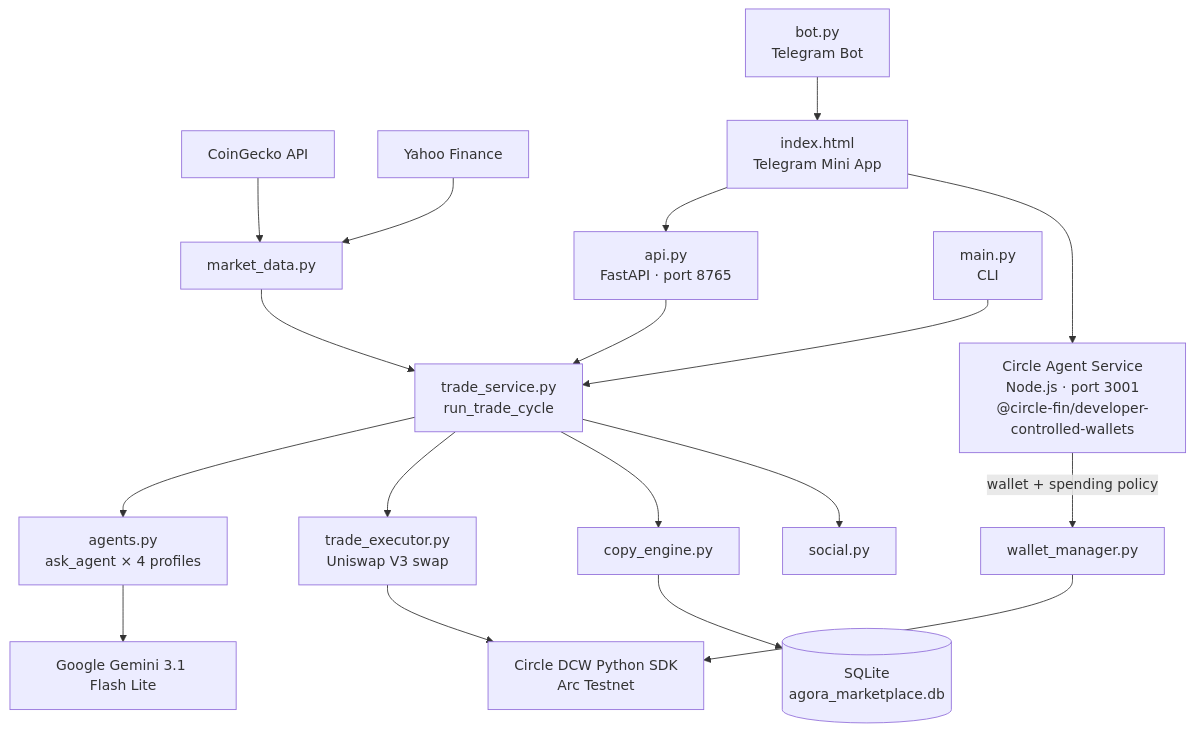
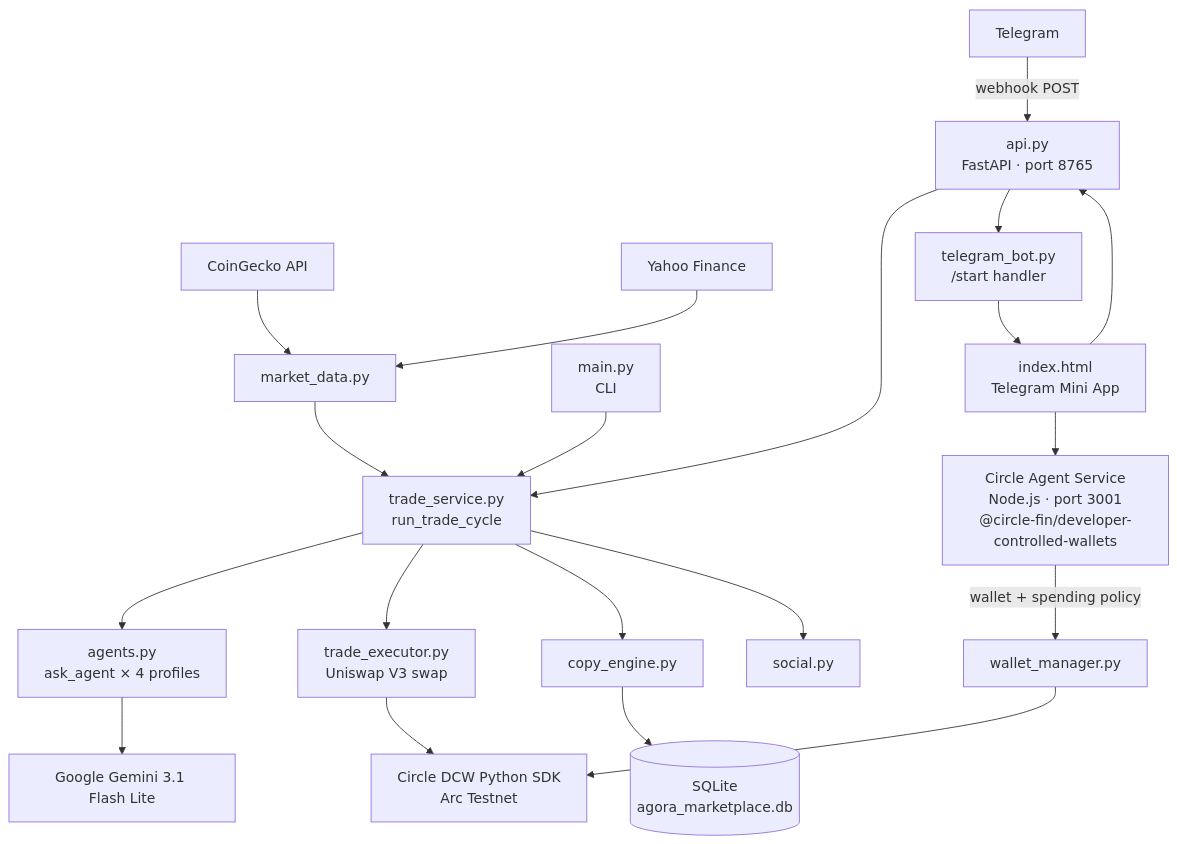
One commit to Dami904/Arc_Tic-whale changed the diagram in README.md. Above: the diagram before and after it, drawn with Mermaid. The commit also changed other lines of this file and 8 other files, not shown here.

````diff
--- a/README.md
+++ b/README.md
@@ -93,27 +93,29 @@
 ```mermaid
 flowchart TD
     CG[CoinGecko API] --> MD[market_data.py]
     YF[Yahoo Finance] --> MD
 
     MD --> TS[trade_service.py\nrun_trade_cycle]
     TS --> AI[agents.py\nask_agent × 4 profiles]
     AI --> GL[Google Gemini 3.1 Flash Lite]
 
     TS --> TE[trade_executor.py\nUniswap V3 swap]
     TE --> CW[Circle DCW Python SDK\nArc Testnet]
 
     TS --> CE[copy_engine.py]
     CE --> DB[(SQLite\nagora_marketplace.db)]
 
     TS --> SO[social.py]
 
     AS[Circle Agent Service\nNode.js · port 3001\n@circle-fin/developer-controlled-wallets] -->|wallet + spending policy| WM[wallet_manager.py]
     WM --> CW
 
     API[api.py\nFastAPI · port 8765] --> TS
     CLI[main.py\nCLI] --> TS
 
     WEB[index.html\nTelegram Mini App] --> API
     WEB --> AS
-    TB[bot.py\nTelegram Bot] --> WEB
+    TG[Telegram] -->|webhook POST| API
+    API --> TB[telegram_bot.py\n/start handler]
+    TB --> WEB
 ```
````
